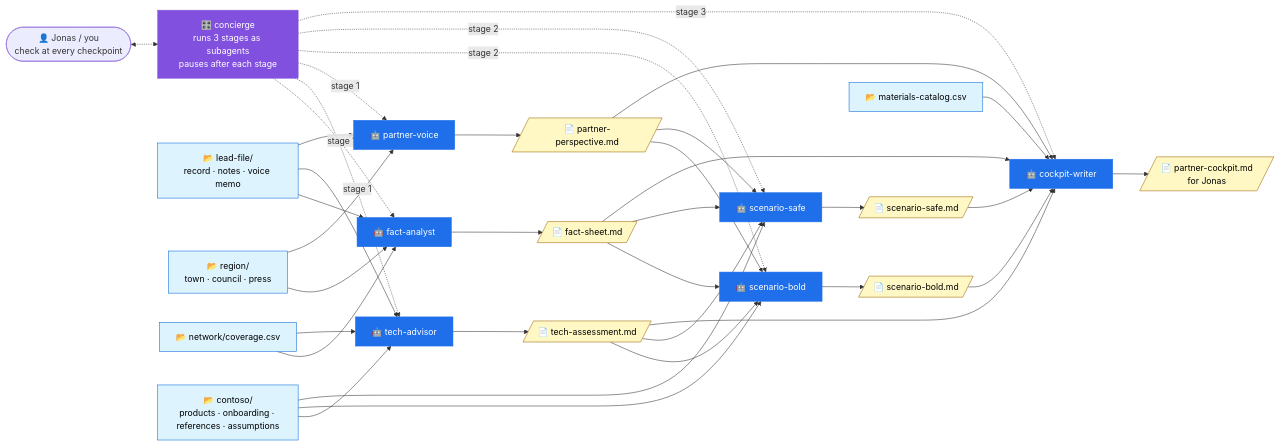
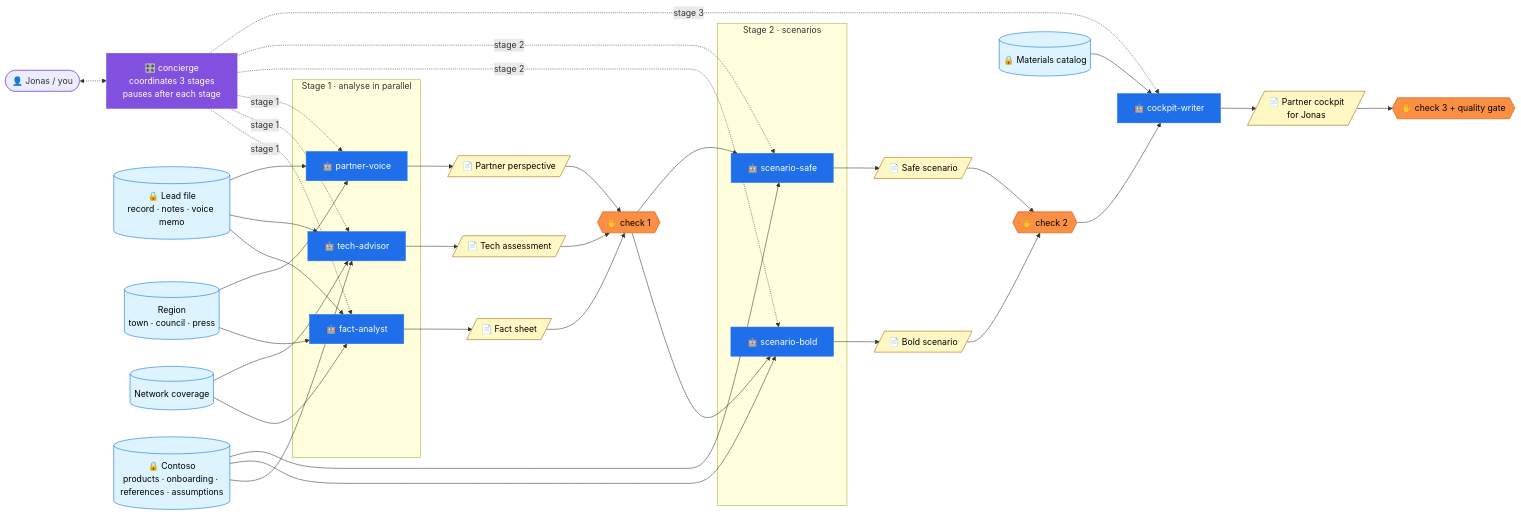
Before and after one commit to LaetitiaMa1410/ghcp-agent-team-lab: the diagram in partner-cockpit/solutions/architecture.md, drawn with Mermaid. The commit also changed other lines of this file and 1 other file, not shown here.

Commit message:
Make reference architectures platform-neutral with mapping to both implementation paths

````diff
--- a/partner-cockpit/solutions/architecture.md
+++ b/partner-cockpit/solutions/architecture.md
@@ -12,32 +25,46 @@
 ```mermaid
 flowchart LR
-  U(["👤 Jonas / you<br/>check at every checkpoint"]) <-.-> CON["🎛️ concierge<br/>runs 3 stages as subagents<br/>pauses after each stage"]
+  U(["👤 Jonas / you"]) <-.-> CON["🎛️ concierge<br/>coordinates 3 stages<br/>pauses after each stage"]
   CON -.->|stage 1| F & T & P
   CON -.->|stage 2| B & S
   CON -.->|stage 3| C
-  lead["📂 lead-file/<br/>record · notes · voice memo"] --> F & T & P
-  region["📂 region/<br/>town · council · press"] --> F & P
-  net["📂 network/coverage.csv"] --> F & T
-  contoso["📂 contoso/<br/>products · onboarding · references · assumptions"] --> T & B & S
+  lead[("🔒 Lead file<br/>record · notes · voice memo")] --> F & T & P
+  region[("Region<br/>town · council · press")] --> F & P
+  net[("Network coverage")] --> F & T
+  contoso[("🔒 Contoso<br/>products · onboarding · references · assumptions")] --> T & B & S
 
-  F["🤖 fact-analyst"] --> OF[/"📄 fact-sheet.md"/]
-  T["🤖 tech-advisor"] --> OT[/"📄 tech-assessment.md"/]
-  P["🤖 partner-voice"] --> OP[/"📄 partner-perspective.md"/]
+  subgraph S1["Stage 1 · analyse in parallel"]
+    F["🤖 fact-analyst"]
+    T["🤖 tech-advisor"]
+    P["🤖 partner-voice"]
+  end
+  F --> OF[/"📄 Fact sheet"/]
+  T --> OT[/"📄 Tech assessment"/]
+  P --> OP[/"📄 Partner perspective"/]
+  OF & OT & OP --> H1{{"✋ check 1"}}
 
-  OF & OT & OP --> B["🤖 scenario-bold"] & S["🤖 scenario-safe"]
-  B --> OB[/"📄 scenario-bold.md"/]
-  S --> OS[/"📄 scenario-safe.md"/]
+  subgraph S2["Stage 2 · scenarios"]
+    B["🤖 scenario-bold"]
+    S["🤖 scenario-safe"]
+  end
+  H1 --> B & S
+  B --> OB[/"📄 Bold scenario"/]
+  S --> OS[/"📄 Safe scenario"/]
+  OB & OS --> H2{{"✋ check 2"}}
 
-  OF & OT & OP & OB & OS --> C["🤖 cockpit-writer"]
-  mat["📂 materials-catalog.csv"] --> C
-  C --> OC[/"📄 partner-cockpit.md<br/>for Jonas"/]
+  H2 --> C["🤖 cockpit-writer"]
+  mat[("🔒 Materials catalog")] --> C
+  C --> OC[/"📄 Partner cockpit<br/>for Jonas"/]
+  OC --> H3{{"✋ check 3 + quality gate"}}
 
   classDef agent fill:#1f6feb,color:#fff,stroke:#1f6feb
   classDef file fill:#fff8c5,stroke:#9a6700,color:#000
   classDef src fill:#ddf4ff,stroke:#0969da,color:#000
   classDef orch fill:#8250df,color:#fff,stroke:#8250df
+  classDef check fill:#fb8f44,color:#000,stroke:#bc4c00
   class F,T,P,B,S,C agent
   class CON orch
   class OF,OT,OP,OB,OS,OC file
   class lead,region,net,contoso,mat src
+  class H1,H2,H3 check
 ```
````
